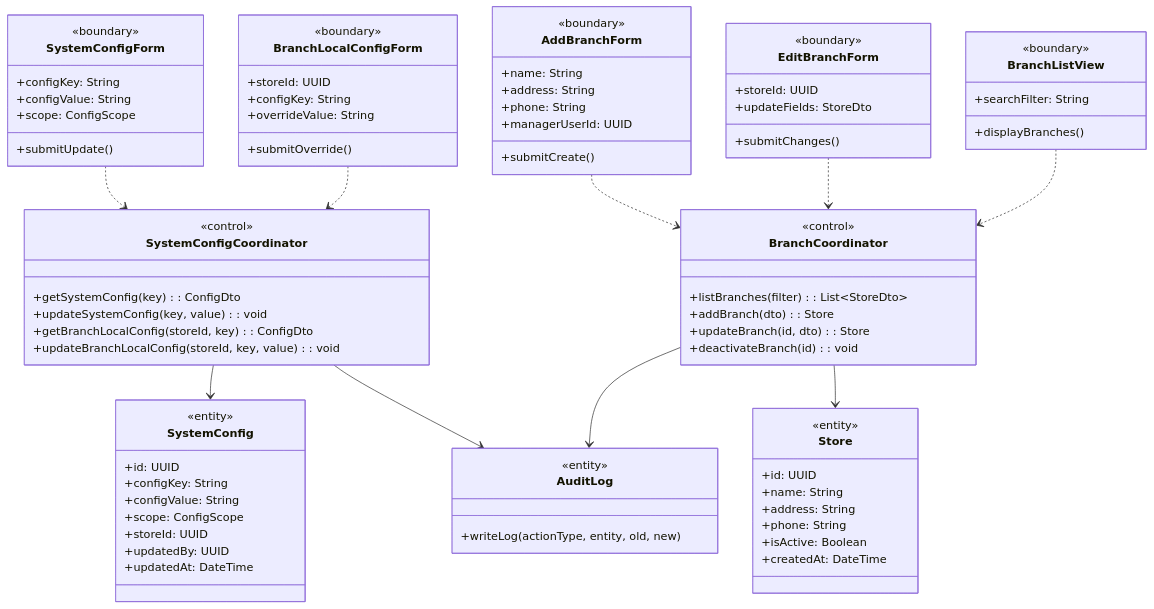
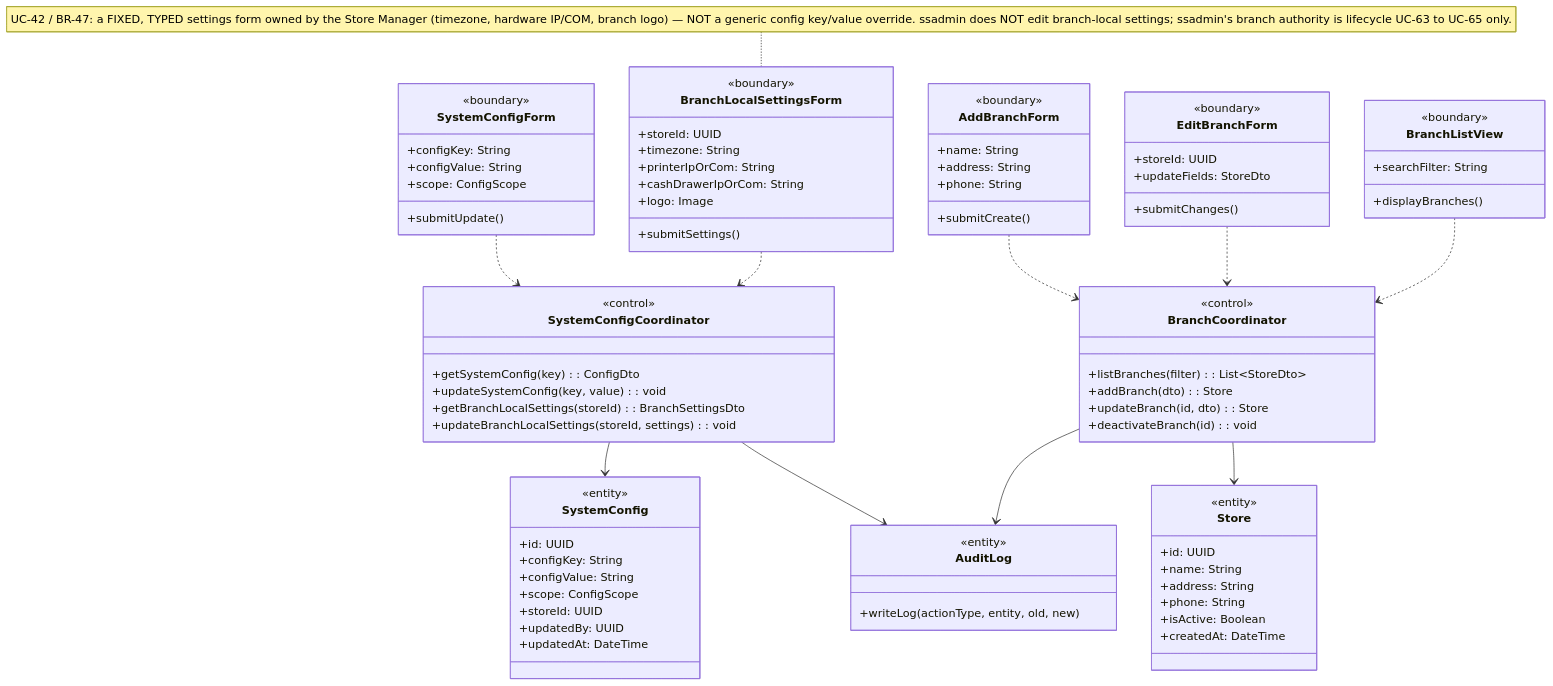
One commit to Shaichi/khoga_cafe changed the first of 3 diagrams in docs/rds_sections/14_detailed_3_11_config_branch.md. Above: the diagram before and after it, drawn with Mermaid. The commit also changed other lines of this file and 22 other files, not shown here.

```diff
--- a/docs/rds_sections/14_detailed_3_11_config_branch.md
+++ b/docs/rds_sections/14_detailed_3_11_config_branch.md
@@ -15,19 +15,21 @@
         +scope: ConfigScope
         +submitUpdate()
     }
-    class BranchLocalConfigForm {
+    class BranchLocalSettingsForm {
         <<boundary>>
         +storeId: UUID
-        +configKey: String
-        +overrideValue: String
-        +submitOverride()
+        +timezone: String
+        +printerIpOrCom: String
+        +cashDrawerIpOrCom: String
+        +logo: Image
+        +submitSettings()
     }
+    note for BranchLocalSettingsForm "UC-42 / BR-47: a FIXED, TYPED settings form owned by the Store Manager (timezone, hardware IP/COM, branch logo) — NOT a generic config key/value override. ssadmin does NOT edit branch-local settings; ssadmin's branch authority is lifecycle UC-63 to UC-65 only."
     class AddBranchForm {
         <<boundary>>
         +name: String
         +address: String
         +phone: String
-        +managerUserId: UUID
         +submitCreate()
     }
     class EditBranchForm {
@@ -45,8 +47,8 @@
         <<control>>
         +getSystemConfig(key): ConfigDto
         +updateSystemConfig(key, value): void
-        +getBranchLocalConfig(storeId, key): ConfigDto
-        +updateBranchLocalConfig(storeId, key, value): void
+        +getBranchLocalSettings(storeId): BranchSettingsDto
+        +updateBranchLocalSettings(storeId, settings): void
     }
     class BranchCoordinator {
         <<control>>
@@ -80,7 +82,7 @@
     }
 
     SystemConfigForm ..> SystemConfigCoordinator
-    BranchLocalConfigForm ..> SystemConfigCoordinator
+    BranchLocalSettingsForm ..> SystemConfigCoordinator
     AddBranchForm ..> BranchCoordinator
     EditBranchForm ..> BranchCoordinator
     BranchListView ..> BranchCoordinator
```
